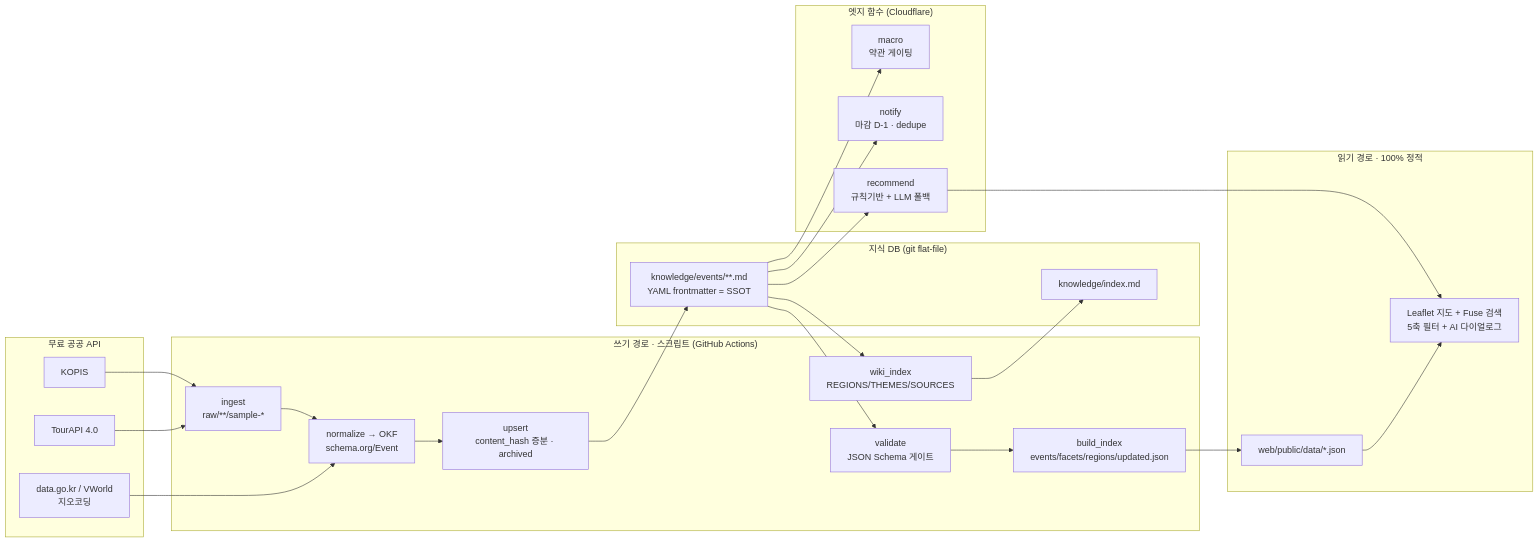
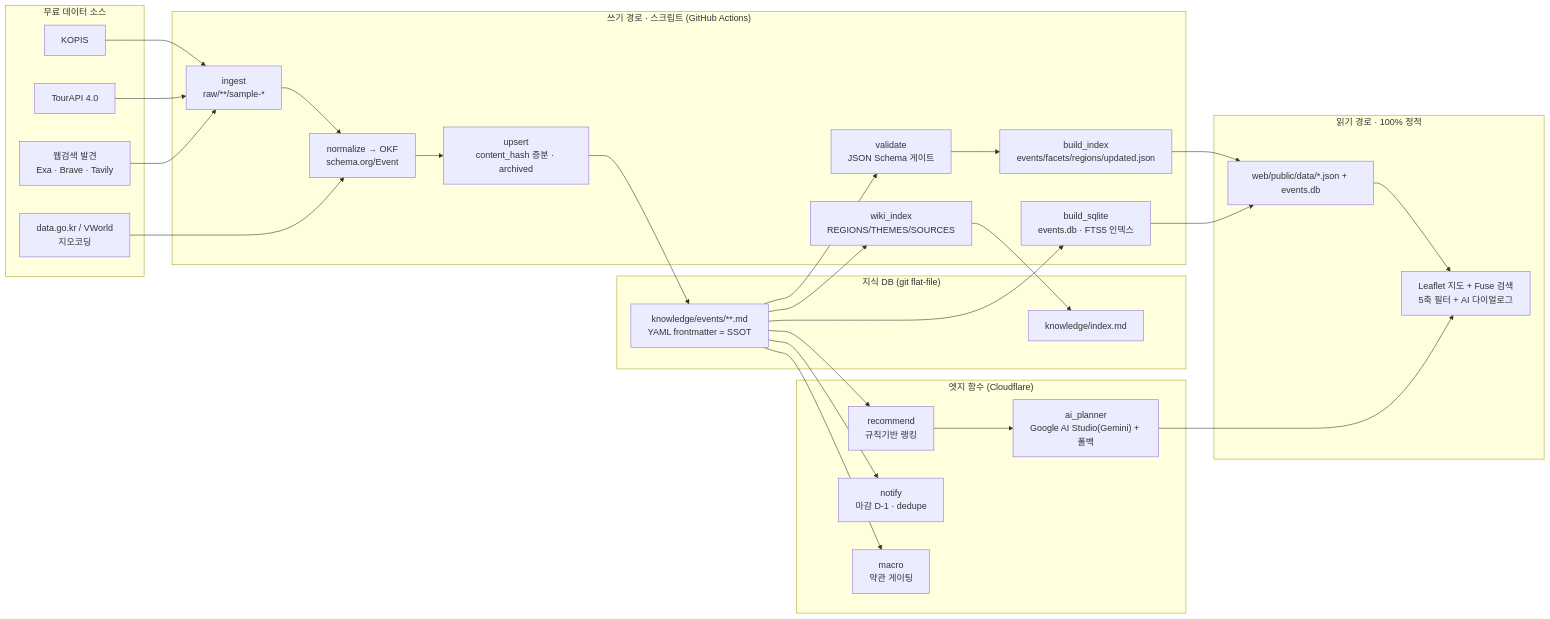
Before and after one commit to jellyggumi/happy-our-planning: the first of 3 diagrams in README.md, drawn with Mermaid. The commit also changed other lines of this file and 35 other files, not shown here.

Commit message:
feat: 2026 개선 — 웹검색 발견(Exa/Brave/Tavily)·SQLite(FTS5) 인덱스·Google AI Studio(Gemini) 플래너 + llm-wiki 유지

````diff
--- a/README.md
+++ b/README.md
@@ -25,41 +26,45 @@
 ```mermaid
 flowchart LR
-  subgraph SRC["무료 공공 API"]
+  subgraph SRC["무료 데이터 소스"]
     K[KOPIS]
     T[TourAPI 4.0]
     G[data.go.kr / VWorld<br/>지오코딩]
+    WS["웹검색 발견<br/>Exa · Brave · Tavily"]
   end
 
   subgraph WRITE["쓰기 경로 · 스크립트 (GitHub Actions)"]
     I["ingest<br/>raw/**/sample-*"]
     N["normalize → OKF<br/>schema.org/Event"]
     U["upsert<br/>content_hash 증분 · archived"]
     V["validate<br/>JSON Schema 게이트"]
     B["build_index<br/>events/facets/regions/updated.json"]
+    SQL["build_sqlite<br/>events.db · FTS5 인덱스"]
     W["wiki_index<br/>REGIONS/THEMES/SOURCES"]
   end
 
   subgraph DB["지식 DB (git flat-file)"]
     MD["knowledge/events/**.md<br/>YAML frontmatter = SSOT"]
     IDX["knowledge/index.md"]
   end
 
   subgraph READ["읽기 경로 · 100% 정적"]
-    JSON["web/public/data/*.json"]
+    JSON["web/public/data/*.json + events.db"]
     UI["Leaflet 지도 + Fuse 검색<br/>5축 필터 + AI 다이얼로그"]
   end
 
   subgraph EDGE["엣지 함수 (Cloudflare)"]
-    R["recommend<br/>규칙기반 + LLM 폴백"]
+    R["recommend<br/>규칙기반 랭킹"]
+    AI["ai_planner<br/>Google AI Studio(Gemini) + 폴백"]
     NT["notify<br/>마감 D-1 · dedupe"]
     MC["macro<br/>약관 게이팅"]
   end
 
-  K & T --> I --> N
+  K & T & WS --> I --> N
   G --> N --> U --> MD
   MD --> V --> B --> JSON --> UI
+  MD --> SQL --> JSON
   MD --> W --> IDX
-  MD --> R --> UI
+  MD --> R --> AI --> UI
   MD --> NT
   MD --> MC
 ```
````
